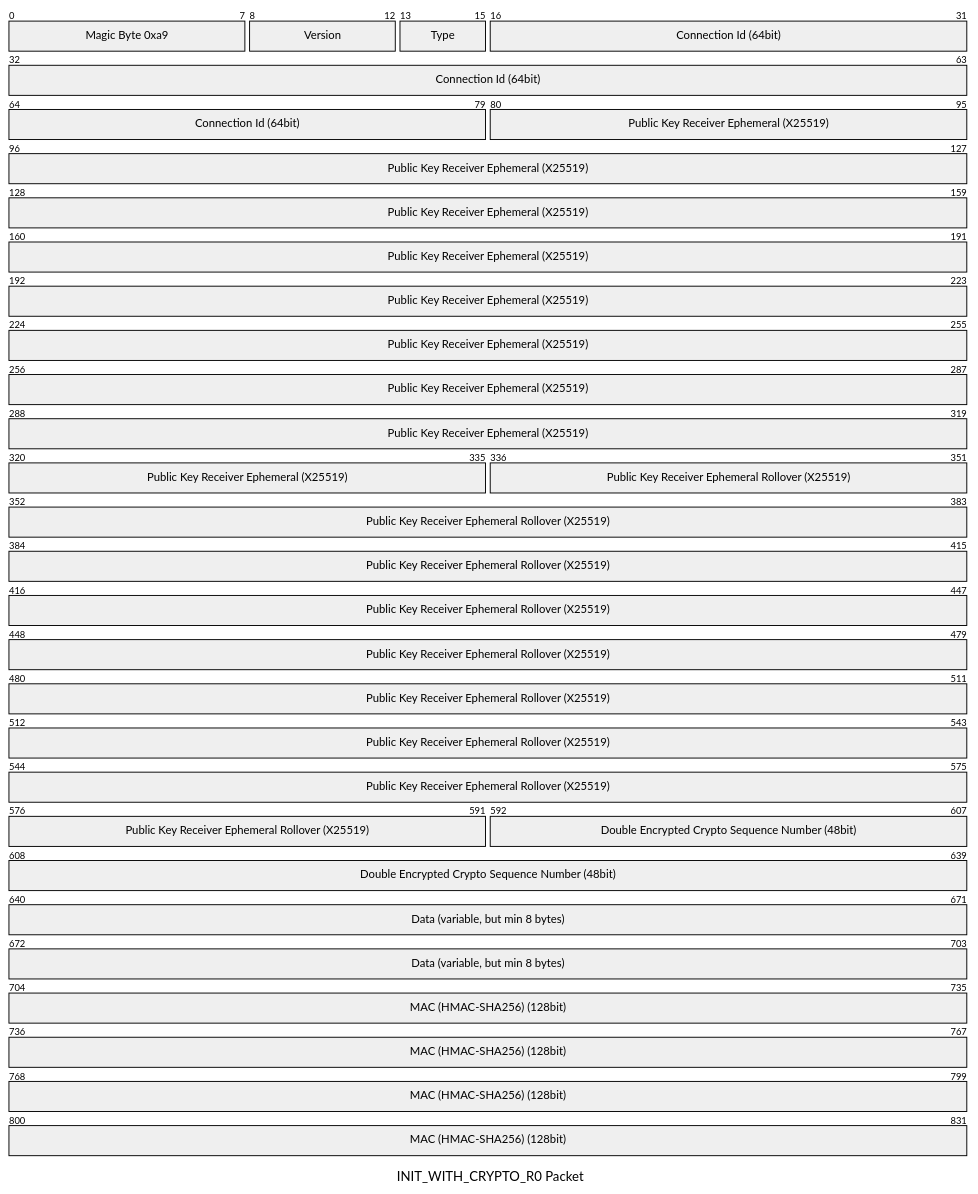
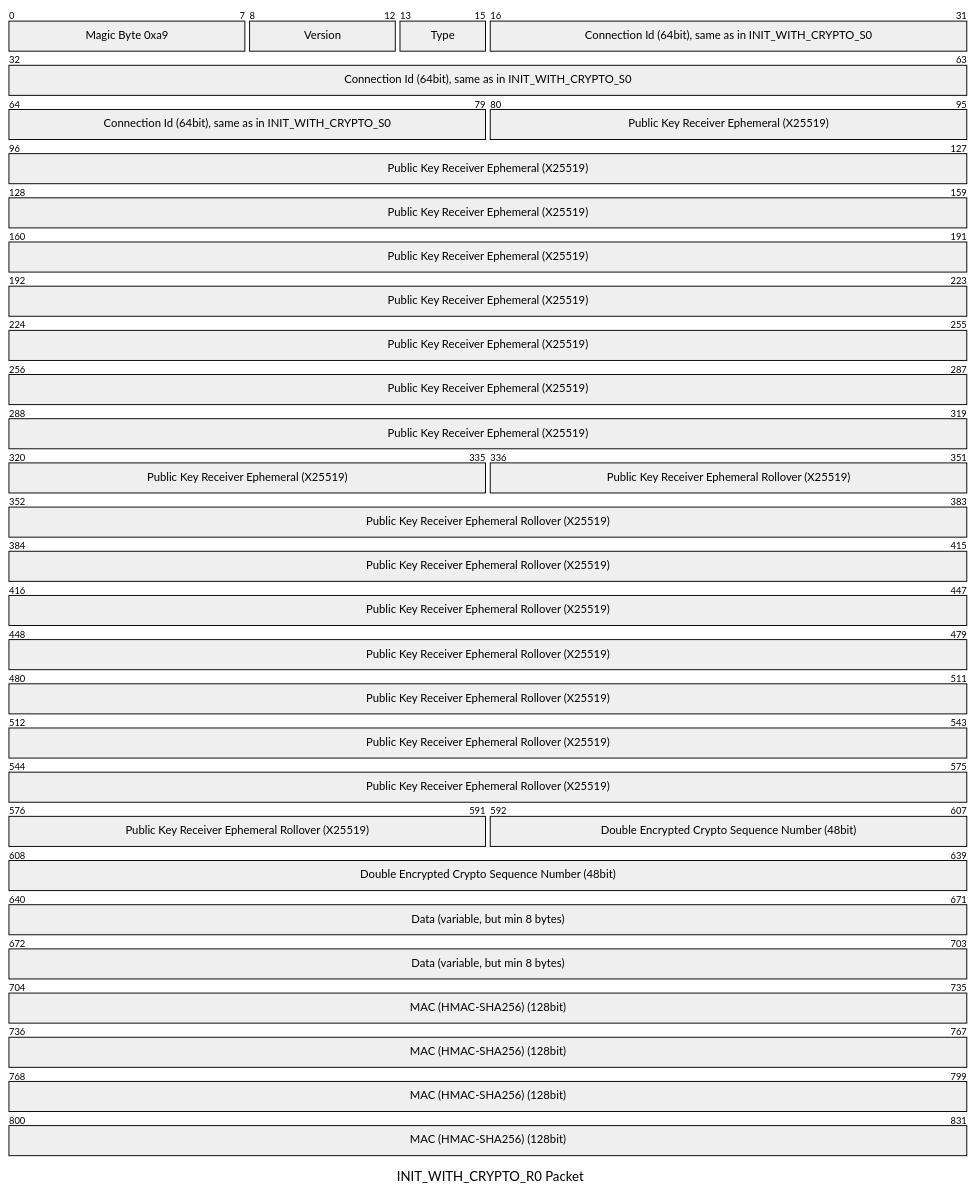
One commit to tbocek/tomtp changed the fourth of 9 diagrams in Readme.md. Above: the diagram before and after it, drawn with Mermaid (neutral theme). The commit also changed other lines of this file and 8 other files, not shown here.

````diff
--- a/Readme.md
+++ b/Readme.md
@@ -145,15 +145,15 @@
 ```mermaid
 ---
 title: "INIT_WITH_CRYPTO_R0 Packet"
 ---
 packet-beta
   0-7: "Magic Byte 0xa9"
   8-12: "Version"
   13-15: "Type"
-  16-79: "Connection Id (64bit)"
+  16-79: "Connection Id (64bit), same as in INIT_WITH_CRYPTO_S0"
   80-335: "Public Key Receiver Ephemeral (X25519)"
   336-591: "Public Key Receiver Ephemeral Rollover (X25519)"
   592-639: "Double Encrypted Crypto Sequence Number (48bit)"
   640-703: "Data (variable, but min 8 bytes)"
   704-831: "MAC (HMAC-SHA256) (128bit)"
 ```
````
